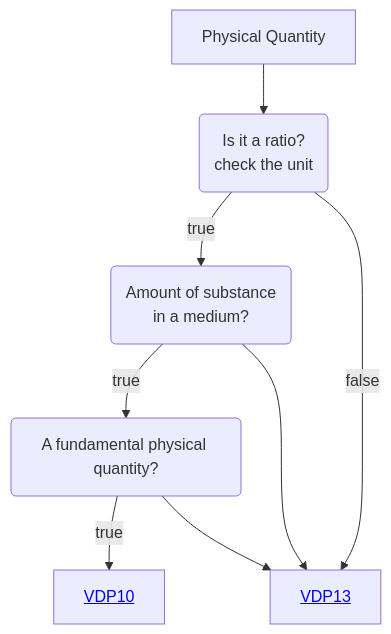
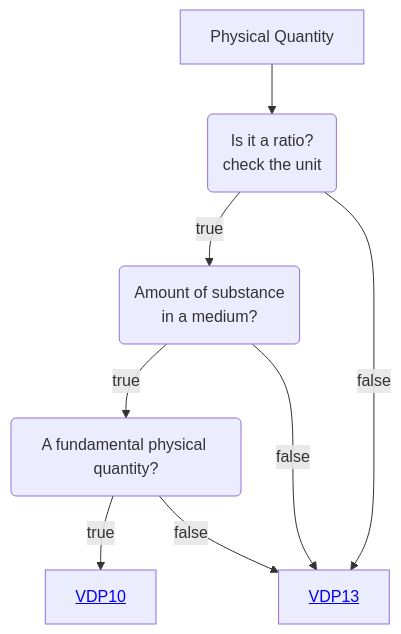
Before and after one commit to mabablue/I-ADOPT-patterns-playground: the diagram in Decisition_trees/DT2.mmd, drawn with Mermaid.

```diff
--- a/Decisition_trees/DT2.mmd
+++ b/Decisition_trees/DT2.mmd
@@ -1,8 +1,8 @@
 flowchart TD
     A[Physical Quantity] --> B(Is it a ratio?<br>check the unit)
     B --> |true|C(Amount of substance <br> in a medium?) 
     B --> |false|D[<a href='https://github.com/mabablue/I-ADOPT-patterns-playground/blob/main/pattern/VDP13.yaml'>VDP13</a>]
     C --> |true|E(A fundamental physical quantity?)
-    C --> D
+    C --> |false|D
     E --> |true|F[<a href='https://github.com/mabablue/I-ADOPT-patterns-playground/blob/main/pattern/VDP10.yaml'>VDP10</a>]
-    E --> D
+    E --> |false|D
```
